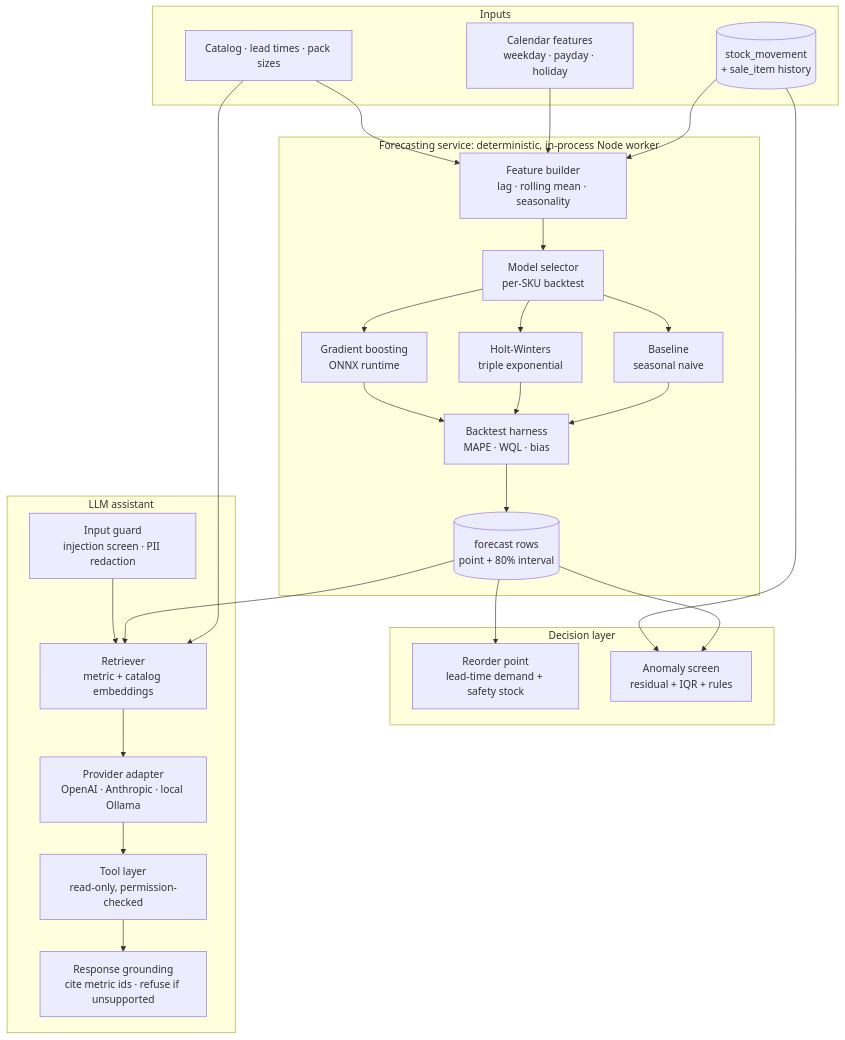
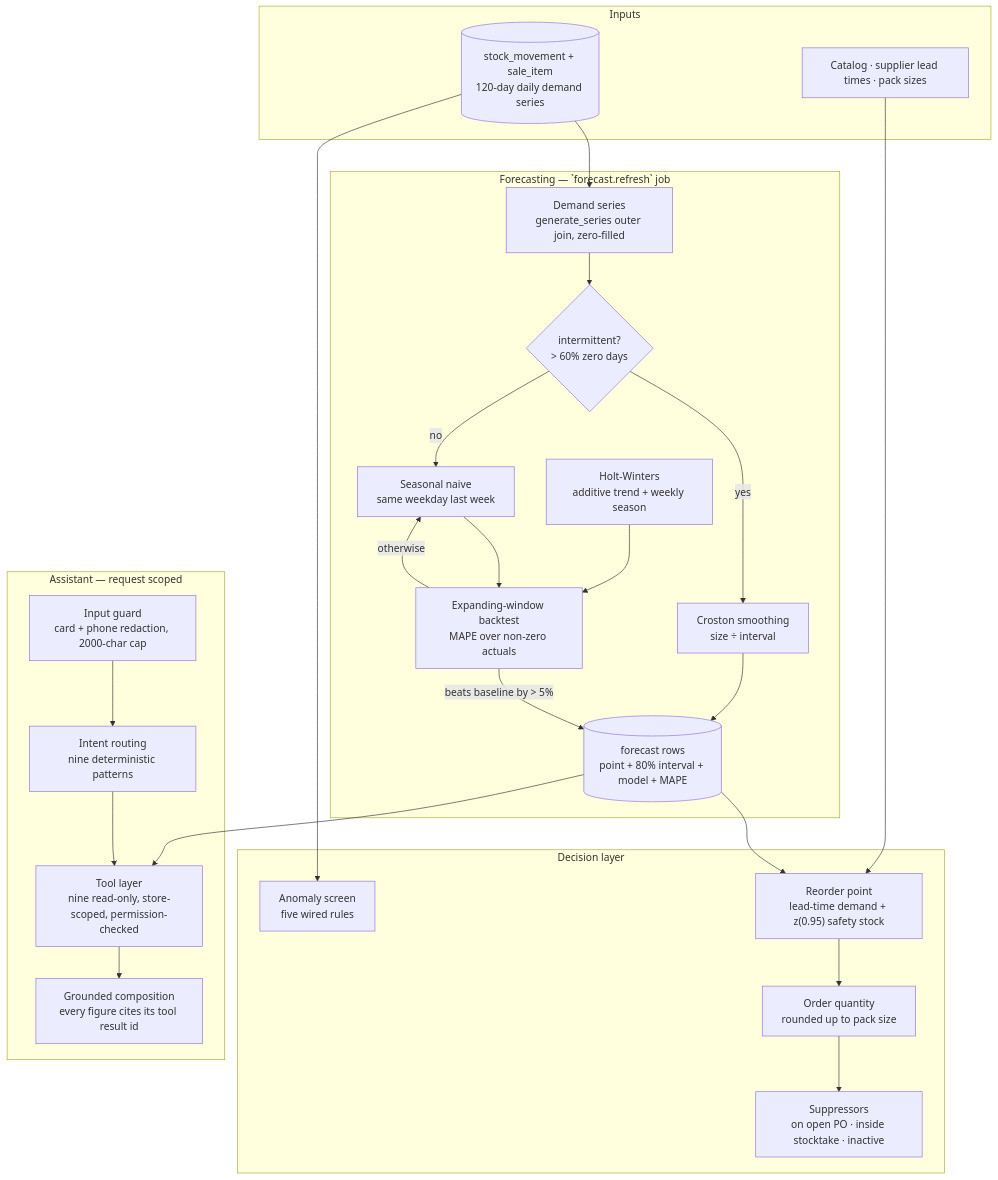
One commit to aikanii/inventory-management-system changed the sixth of 8 diagrams in README.md. Above: the diagram before and after it, drawn with Mermaid. The commit also changed other lines of this file, not shown here.

First line of the commit message:
docs: add implementation roadmap and API tour to README

````diff
--- a/README.md
+++ b/README.md
@@ -961,47 +980,43 @@
 ```mermaid
 flowchart TB
     subgraph Inputs["Inputs"]
-        Ledger[("stock_movement<br/>+ sale_item history")]
-        Catalog["Catalog · lead times · pack sizes"]
-        Calendar["Calendar features<br/>weekday · payday · holiday"]
+        Ledger[("stock_movement + sale_item<br/>120-day daily demand series")]
+        Catalog["Catalog · supplier lead times · pack sizes"]
     end
 
-    subgraph ML["Forecasting service: deterministic, in-process Node worker"]
-        Feat["Feature builder<br/>lag · rolling mean · seasonality"]
-        Sel["Model selector<br/>per-SKU backtest"]
-        M1["Baseline<br/>seasonal naive"]
-        M2["Holt-Winters<br/>triple exponential"]
-        M3["Gradient boosting<br/>ONNX runtime"]
-        Eval["Backtest harness<br/>MAPE · WQL · bias"]
-        Out[("forecast rows<br/>point + 80% interval")]
+    subgraph ML["Forecasting — `forecast.refresh` job"]
+        Feat["Demand series<br/>generate_series outer join, zero-filled"]
+        Route{"intermittent?<br/>&gt; 60% zero days"}
+        Croston["Croston smoothing<br/>size ÷ interval"]
+        Naive["Seasonal naive<br/>same weekday last week"]
+        HW["Holt-Winters<br/>additive trend + weekly season"]
+        Eval["Expanding-window backtest<br/>MAPE over non-zero actuals"]
+        Out[("forecast rows<br/>point + 80% interval + model + MAPE")]
     end
 
     subgraph Rules["Decision layer"]
-        ROP["Reorder point<br/>lead-time demand + safety stock"]
-        Anom["Anomaly screen<br/>residual + IQR + rules"]
+        ROP["Reorder point<br/>lead-time demand + z(0.95) safety stock"]
+        Qty["Order quantity<br/>rounded up to pack size"]
+        Sup["Suppressors<br/>on open PO · inside stocktake · inactive"]
+        Anom["Anomaly screen<br/>five wired rules"]
     end
 
-    subgraph LLM["LLM assistant"]
-        Guard["Input guard<br/>injection screen · PII redaction"]
-        Retriever["Retriever<br/>metric + catalog embeddings"]
-        Model["Provider adapter<br/>OpenAI · Anthropic · local Ollama"]
-        Tools["Tool layer<br/>read-only, permission-checked"]
-        Ground["Response grounding<br/>cite metric ids · refuse if unsupported"]
+    subgraph LLM["Assistant — request scoped"]
+        Redact["Input guard<br/>card + phone redaction, 2000-char cap"]
+        Intent["Intent routing<br/>nine deterministic patterns"]
+        Tools["Tool layer<br/>nine read-only, store-scoped, permission-checked"]
+        Ground["Grounded composition<br/>every figure cites its tool result id"]
     end
 
-    Ledger --> Feat
-    Calendar --> Feat
-    Catalog --> Feat
-    Feat --> Sel
-    Sel --> M1 & M2 & M3
-    M1 & M2 & M3 --> Eval
-    Eval --> Out
-    Out --> ROP
-    Out --> Anom
+    Ledger --> Feat --> Route
+    Route -->|yes| Croston --> Out
+    Route -->|no| Naive --> Eval
+    HW --> Eval
+    Eval -->|beats baseline by &gt; 5%| Out
+    Eval -->|otherwise| Naive
+    Catalog --> ROP
+    Out --> ROP --> Qty --> Sup
     Ledger --> Anom
-    Catalog --> Retriever
-    Out --> Retriever
-    Guard --> Retriever --> Model
-    Model --> Tools
-    Tools --> Ground
+    Redact --> Intent --> Tools --> Ground
+    Out --> Tools
 ```
````
